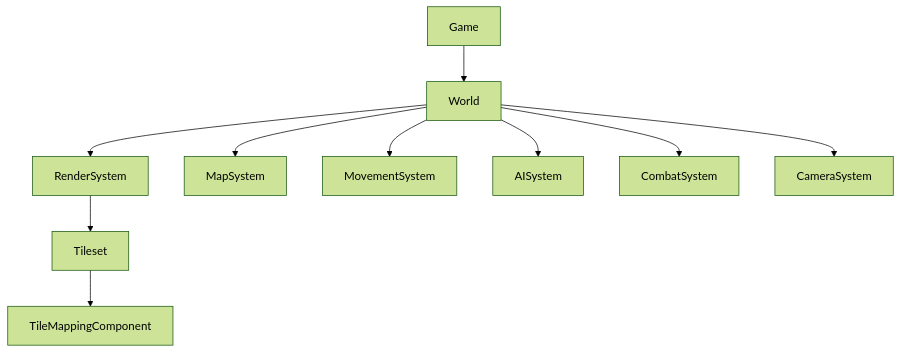
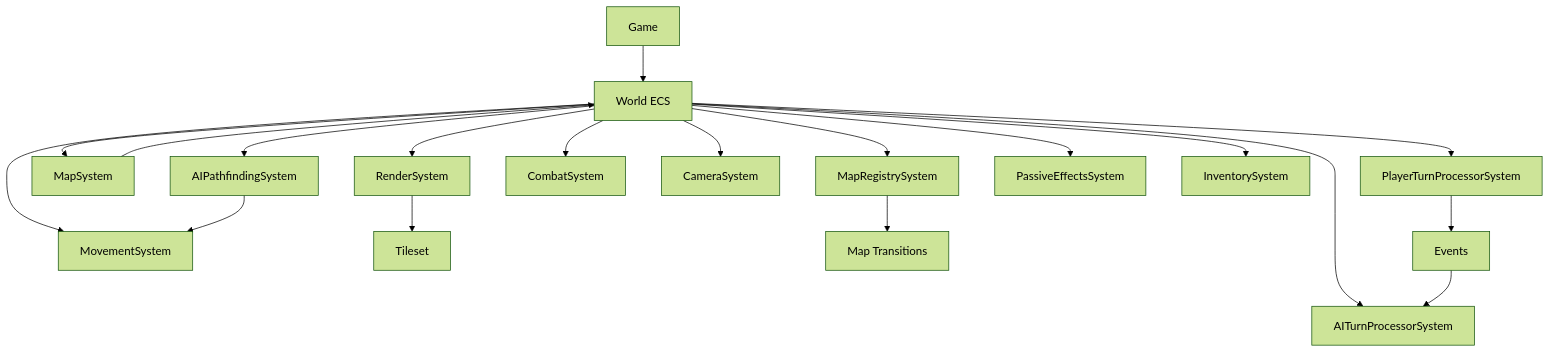
The third of 6 diagrams in README.md (denialofself/Gearworld), drawn with Mermaid (forest theme) before and after one commit. The commit also changed other lines of this file and 16 other files, not shown here.

````diff
--- a/README.md
+++ b/README.md
@@ -104,13 +163,23 @@
 ```mermaid
 graph TD
-    A[Game] --> B[World]
-    B --> C[RenderSystem]
-    B --> D[MapSystem]
-    B --> E[MovementSystem]
-    B --> F[AISystem]
-    B --> G[CombatSystem]
-    B --> H[CameraSystem]
+    Game[Game] --> World[World ECS]
     
-    C --> I[Tileset]
-    I --> J[TileMappingComponent]
+    World --> RenderSystem[RenderSystem]
+    World --> MapSystem[MapSystem]
+    World --> MapRegistrySystem[MapRegistrySystem]
+    World --> MovementSystem[MovementSystem]
+    World --> PlayerTurnSystem[PlayerTurnProcessorSystem]
+    World --> CombatSystem[CombatSystem]
+    World --> CameraSystem[CameraSystem]
+    World --> AIPathfindingSystem[AIPathfindingSystem]
+    World --> AITurnSystem[AITurnProcessorSystem]
+    World --> PassiveEffectsSystem[PassiveEffectsSystem]
+    World --> InventorySystem[InventorySystem]
+    
+    RenderSystem --> Tileset[Tileset]
+    MapRegistrySystem --> MapTransitions[Map Transitions]
+    MapSystem --> World
+    AIPathfindingSystem --> MovementSystem
+    PlayerTurnSystem --> Events[Events]
+    Events --> AITurnSystem
 ```
````
